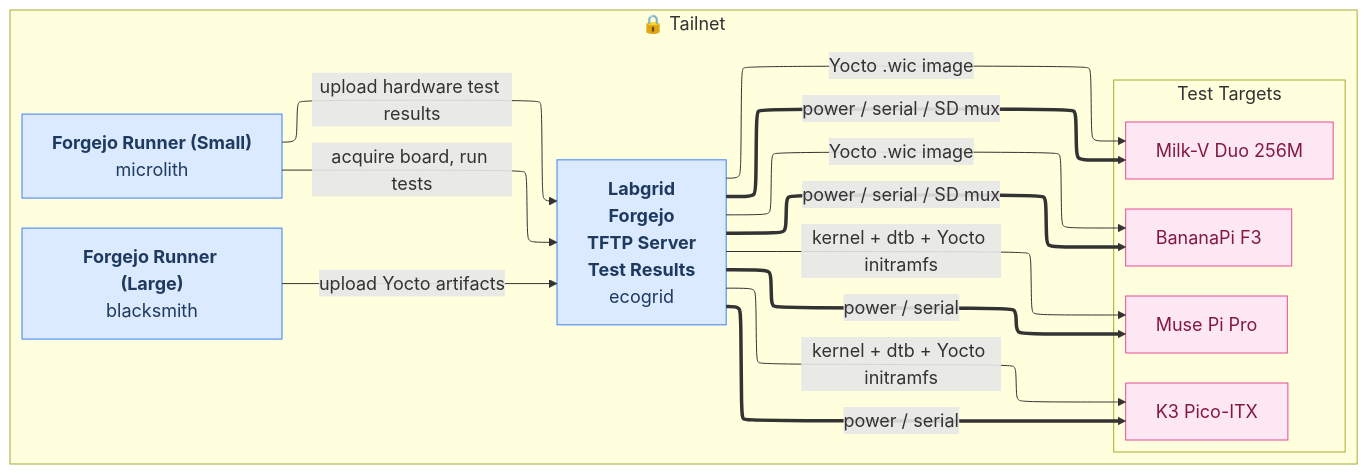
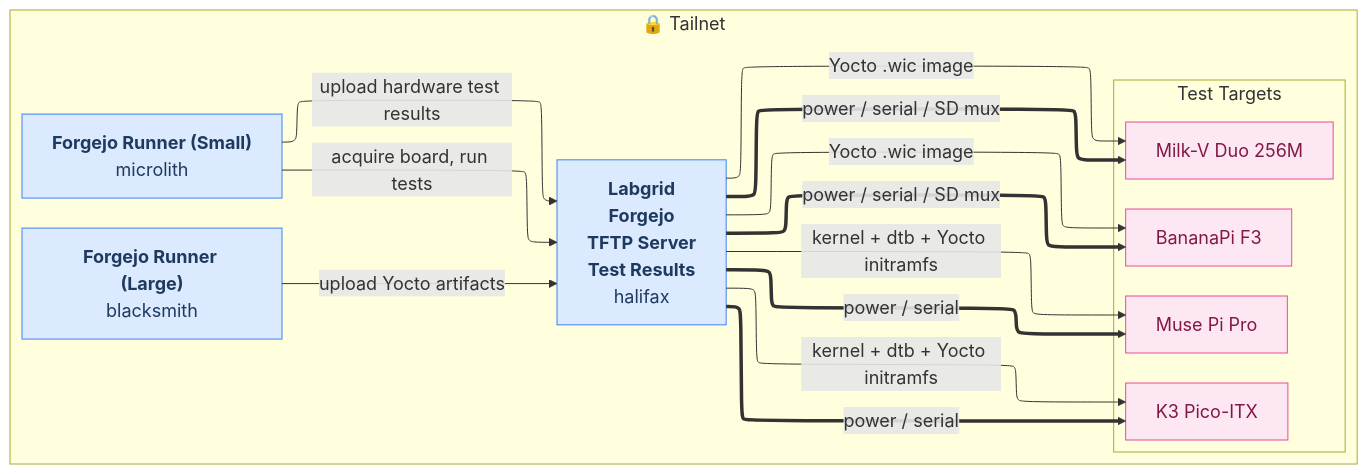
Before and after one commit to threexc/boardgarden: the diagram in docs/network.mmd, drawn with Mermaid. The commit also changed 4 other files, not shown here.

```diff
--- a/docs/network.mmd
+++ b/docs/network.mmd
@@ -1,35 +1,35 @@
 %%{init: {"theme": "default", "flowchart": {"htmlLabels": true, "nodeSpacing": 30, "rankSpacing": 60, "defaultRenderer": "elk"}, "themeVariables": {"fontSize": "18px", "fontFamily": "Liberation Sans"}} }%%
 flowchart LR
   subgraph tailnet["🔒 Tailnet"]
-    ecogrid["<b>Labgrid</b><br/><b>Forgejo</b><br/><b>TFTP Server</b><br/><b>Test Results</b><br/>ecogrid"]
+    halifax["<b>Labgrid</b><br/><b>Forgejo</b><br/><b>TFTP Server</b><br/><b>Test Results</b><br/>halifax"]
     runner1["<b>Forgejo Runner (Large)</b><br/>blacksmith"]
     runner2["<b>Forgejo Runner (Small)</b><br/>microlith"]
     subgraph boards["Test Targets"]
       direction TB
       board_1["BananaPi F3"]
       board_2["Muse Pi Pro"]
       board_3["Milk-V Duo 256M"]
       board_4["K3 Pico-ITX"]
     end
   end
 
   %% ── Hosted-on relationships ──
 
   %% ── Links ──
-  ecogrid ==>|"power / serial / SD mux"| board_1
-  ecogrid ==>|"power / serial"| board_2
-  ecogrid ==>|"power / serial / SD mux"| board_3
-  ecogrid ==>|"power / serial"| board_4
-  runner1 -->|"upload Yocto artifacts"| ecogrid
-  runner2 -->|"acquire board, run tests"| ecogrid
-  runner2 -->|"upload hardware test results"| ecogrid
-  ecogrid -->|"Yocto .wic image"| board_1
-  ecogrid -->|"kernel + dtb + Yocto initramfs"| board_2
-  ecogrid -->|"Yocto .wic image"| board_3
-  ecogrid -->|"kernel + dtb + Yocto initramfs"| board_4
+  halifax ==>|"power / serial / SD mux"| board_1
+  halifax ==>|"power / serial"| board_2
+  halifax ==>|"power / serial / SD mux"| board_3
+  halifax ==>|"power / serial"| board_4
+  runner1 -->|"upload Yocto artifacts"| halifax
+  runner2 -->|"acquire board, run tests"| halifax
+  runner2 -->|"upload hardware test results"| halifax
+  halifax -->|"Yocto .wic image"| board_1
+  halifax -->|"kernel + dtb + Yocto initramfs"| board_2
+  halifax -->|"Yocto .wic image"| board_3
+  halifax -->|"kernel + dtb + Yocto initramfs"| board_4
 
   %% ── Styles ──
   classDef machine fill:#dbeafe,stroke:#3b82f6,color:#1e3a5f
-  class ecogrid,runner1,runner2 machine
+  class halifax,runner1,runner2 machine
   classDef board fill:#fce7f3,stroke:#ec4899,color:#831843
   class board_1,board_2,board_3,board_4 board
```
